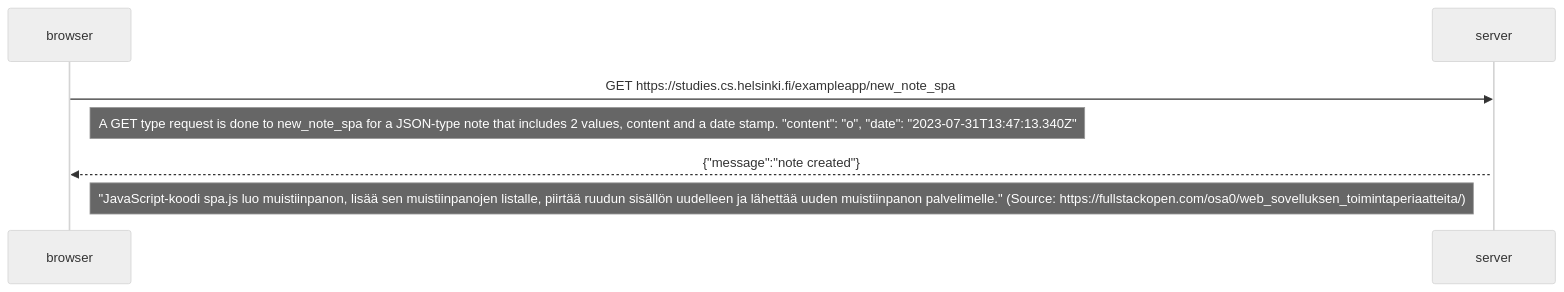
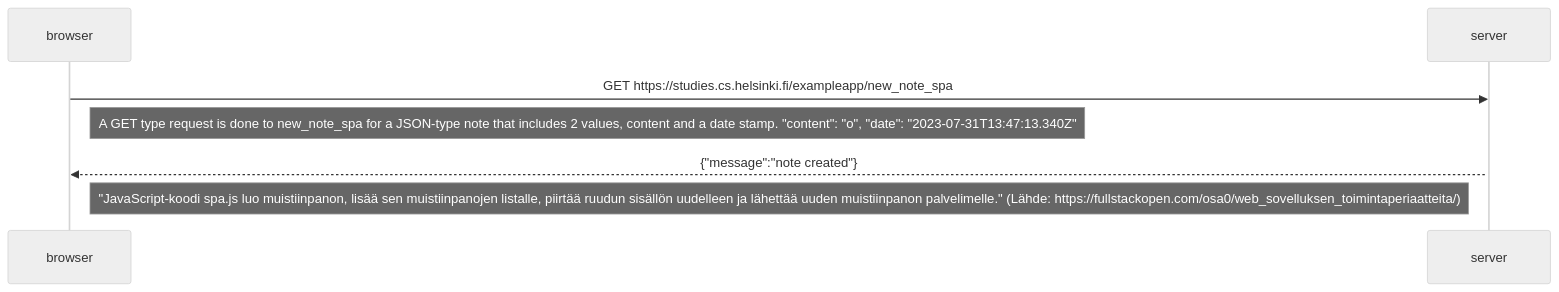
Before and after one commit to alelikak/fullstackopen: the diagram in 06.md, drawn with Mermaid (neutral theme).

````diff
--- a/06.md
+++ b/06.md
@@ -1,12 +1,12 @@
 ```mermaid
 sequenceDiagram
     participant browser
     participant server
     
     browser->>server: GET https://studies.cs.helsinki.fi/exampleapp/new_note_spa
     Note right of browser: A GET type request is done to new_note_spa for a JSON-type note that includes 2 values, content and a date stamp. "content": "o", "date": "2023-07-31T13:47:13.340Z"
 
     activate server
     server-->>browser: {"message":"note created"}
-    Note right of browser: "JavaScript-koodi spa.js luo muistiinpanon, lisää sen muistiinpanojen listalle, piirtää ruudun sisällön uudelleen ja lähettää uuden muistiinpanon palvelimelle." (Source: https://fullstackopen.com/osa0/web_sovelluksen_toimintaperiaatteita/)
+    Note right of browser: "JavaScript-koodi spa.js luo muistiinpanon, lisää sen muistiinpanojen listalle, piirtää ruudun sisällön uudelleen ja lähettää uuden muistiinpanon palvelimelle." (Lähde: https://fullstackopen.com/osa0/web_sovelluksen_toimintaperiaatteita/)
 ```
````
